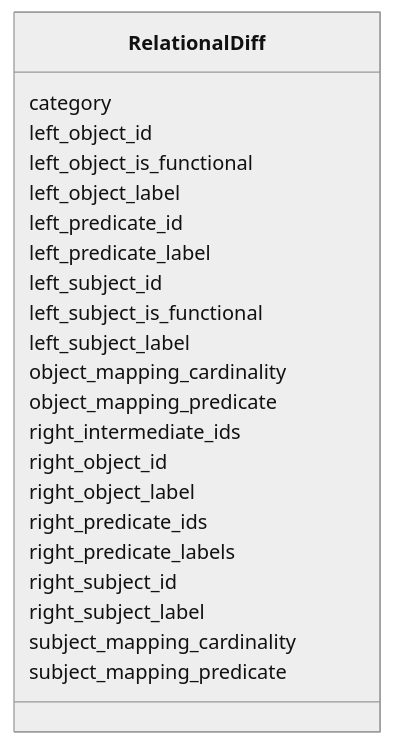
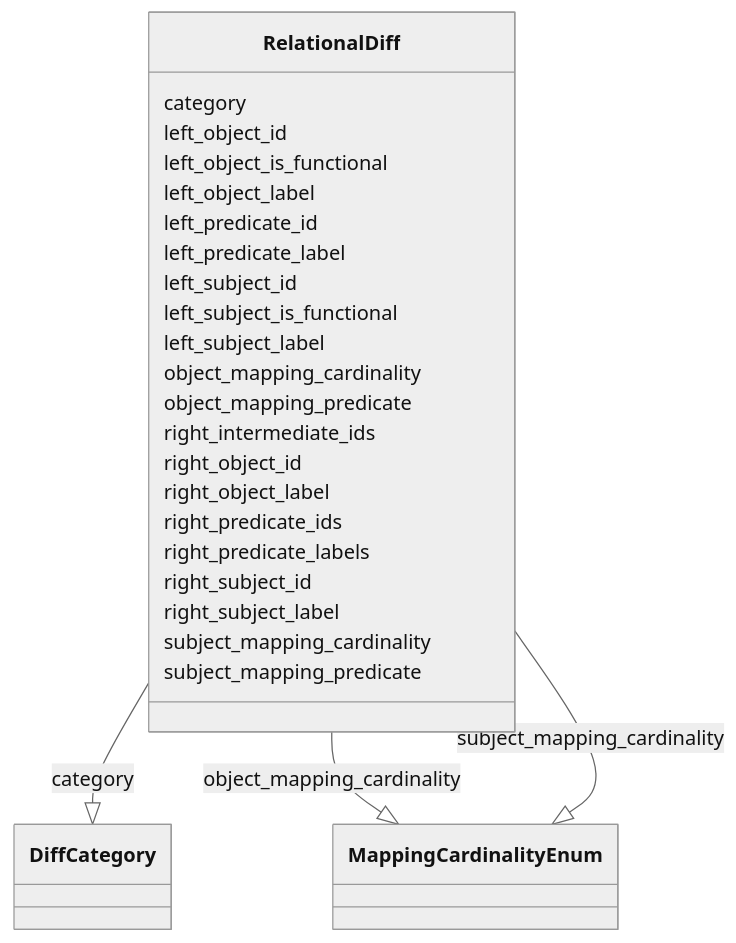
The diagram in cross-ontology-diff/RelationalDiff.md (cthoyt/ontology-access-kit), drawn with Mermaid (neutral theme) before and after one commit. The commit also changed other lines of this file and 3287 other files, not shown here.

````diff
--- a/cross-ontology-diff/RelationalDiff.md
+++ b/cross-ontology-diff/RelationalDiff.md
@@ -35,25 +62,51 @@
 ```{mermaid}
  classDiagram
     class RelationalDiff
       RelationalDiff : category
+        
+          RelationalDiff --|> DiffCategory : category
+        
       RelationalDiff : left_object_id
+        
       RelationalDiff : left_object_is_functional
+        
       RelationalDiff : left_object_label
+        
       RelationalDiff : left_predicate_id
+        
       RelationalDiff : left_predicate_label
+        
       RelationalDiff : left_subject_id
+        
       RelationalDiff : left_subject_is_functional
+        
       RelationalDiff : left_subject_label
+        
       RelationalDiff : object_mapping_cardinality
+        
+          RelationalDiff --|> MappingCardinalityEnum : object_mapping_cardinality
+        
       RelationalDiff : object_mapping_predicate
+        
       RelationalDiff : right_intermediate_ids
+        
       RelationalDiff : right_object_id
+        
       RelationalDiff : right_object_label
+        
       RelationalDiff : right_predicate_ids
+        
       RelationalDiff : right_predicate_labels
+        
       RelationalDiff : right_subject_id
+        
       RelationalDiff : right_subject_label
+        
       RelationalDiff : subject_mapping_cardinality
+        
+          RelationalDiff --|> MappingCardinalityEnum : subject_mapping_cardinality
+        
       RelationalDiff : subject_mapping_predicate
+        
       
 ```
````
